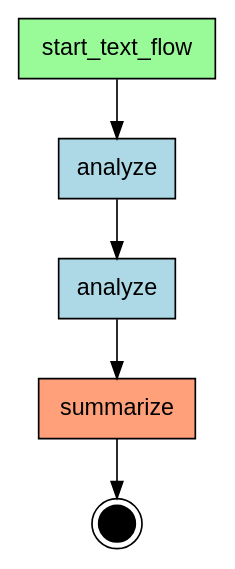
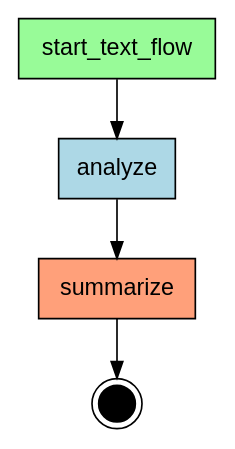
Before and after one commit to deliveryhero/asya: the diagram in examples/demo-skaffold/compiled/text-flow/artifacts/flow.dot, drawn with Graphviz. The commit also changed 8 other files, not shown here.

```diff
--- a/examples/demo-skaffold/compiled/text-flow/artifacts/flow.dot
+++ b/examples/demo-skaffold/compiled/text-flow/artifacts/flow.dot
@@ -1,18 +1,16 @@
 digraph "text_flow" {
     rankdir=TB;
     node [shape=box, style=filled, fontname="Helvetica"];
 
     { rank=source; start_text_flow; }
 
     analyze [label="analyze", fillcolor=lightblue];
-    analyze_2 [label="analyze", fillcolor=lightblue];
     start_text_flow [label="start_text_flow", fillcolor=palegreen];
     summarize [label="summarize", fillcolor=lightsalmon];
 
     __end__ [label="", shape=doublecircle, fillcolor=black, width=0.3, fixedsize=true];
 
     start_text_flow -> analyze;
-    analyze -> analyze_2;
-    analyze_2 -> summarize;
+    analyze -> summarize;
     summarize -> __end__;
 }
```
